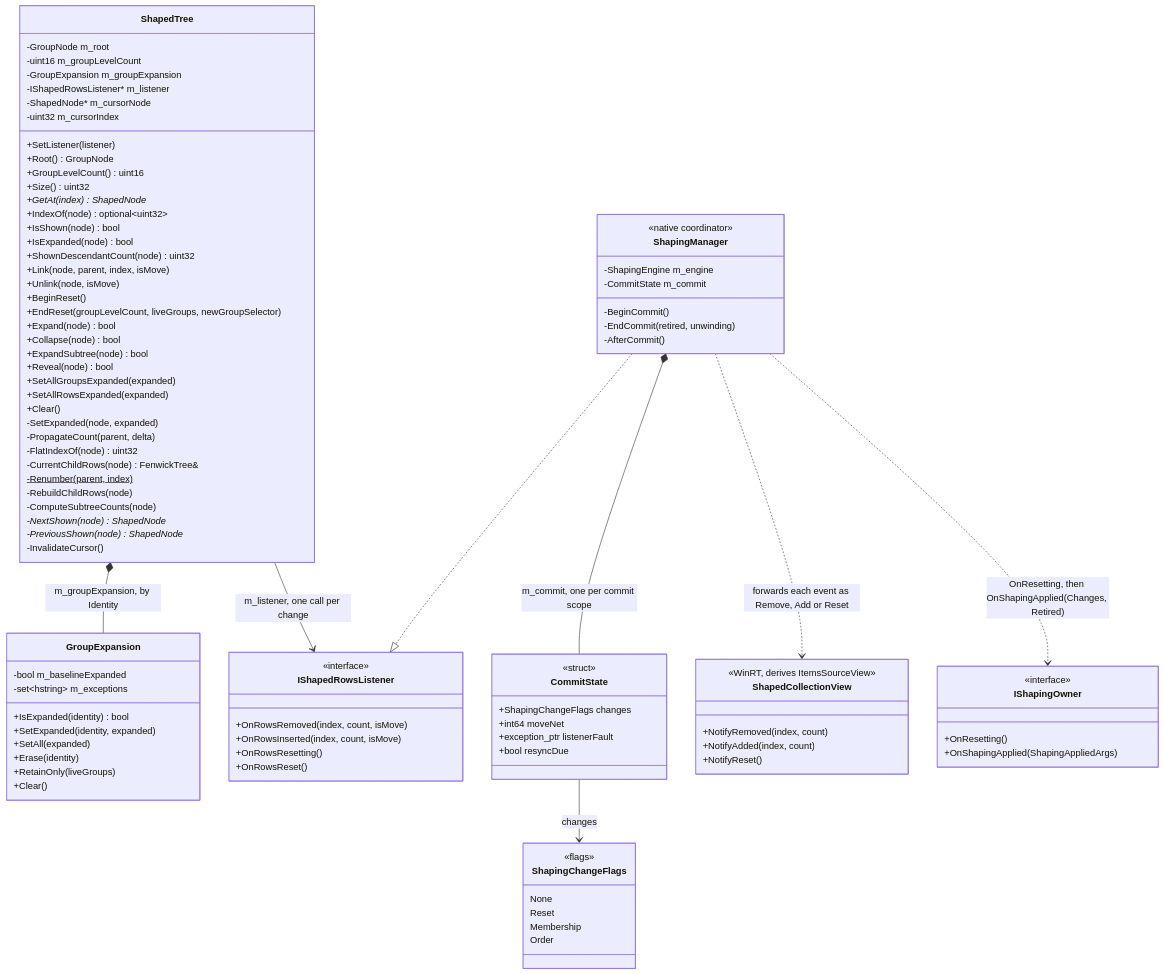
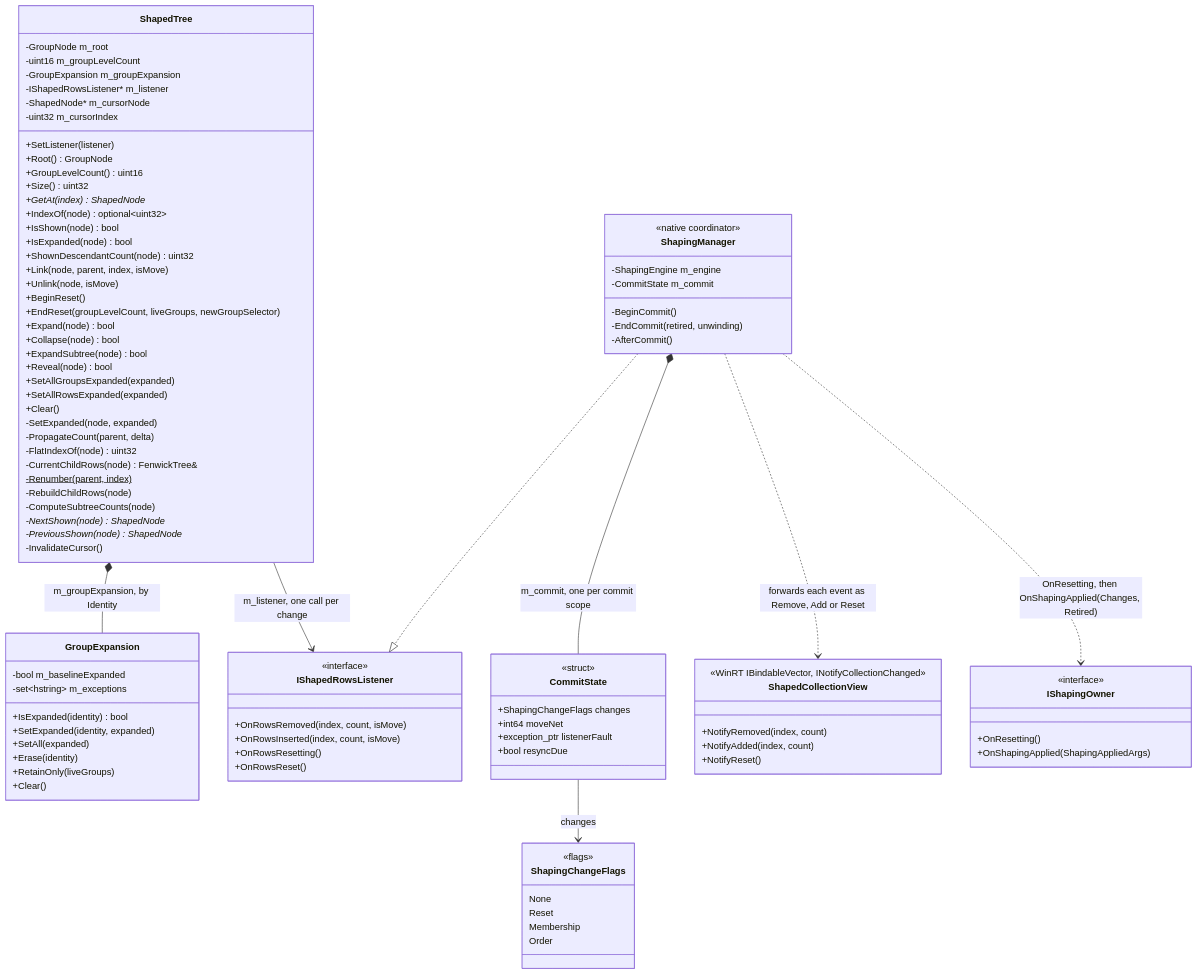
Before and after one commit to microsoft/microsoft-ui-xaml: the third of 4 diagrams in docs/design-notes/TabularControls/Shaping-Architecture-Redesign.md, drawn with Mermaid. The commit also changed other lines of this file and 10 other files, not shown here.

First line of the commit message:
TableViewSource2: row queries, visible list and row metadata

```diff
--- a/docs/design-notes/TabularControls/Shaping-Architecture-Redesign.md
+++ b/docs/design-notes/TabularControls/Shaping-Architecture-Redesign.md
@@ -732,7 +733,7 @@
     }
 
     class ShapedCollectionView {
-        <<WinRT, derives ItemsSourceView>>
+        <<WinRT IBindableVector, INotifyCollectionChanged>>
         +NotifyRemoved(index, count)
         +NotifyAdded(index, count)
         +NotifyReset()
```
